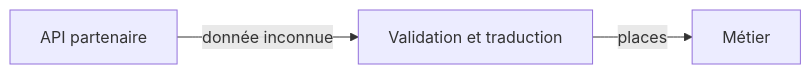
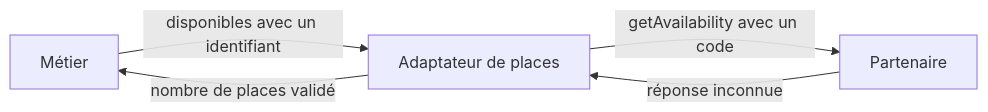
The diagram in src/cours/poo-patterns-frameworks/05-adapter.md (theopaolo/dev-carnet), drawn with Mermaid before and after one commit. The commit also changed other lines of this file and 13 other files, not shown here.

````diff
--- a/src/cours/poo-patterns-frameworks/05-adapter.md
+++ b/src/cours/poo-patterns-frameworks/05-adapter.md
@@ -12,7 +18,9 @@
 ```mermaid
 flowchart LR
-  accTitle: Traduire le format du partenaire
-  accDescr: Le fournisseur renvoie une donnée inconnue. L'adaptateur la valide et produit les places attendues par le métier.
-  API[API partenaire] -->|donnée inconnue| Adaptateur[Validation et traduction]
-  Adaptateur -->|places| Metier[Métier]
+  accTitle: Un adaptateur traduit les appels au partenaire
+  accDescr: Le métier appelle disponibles sur l'adaptateur. Celui-ci appelle getAvailability sur le partenaire puis valide et traduit sa réponse.
+  Metier[Métier] -->|disponibles avec un identifiant| Adaptateur[Adaptateur de places]
+  Adaptateur -->|getAvailability avec un code| API[Partenaire]
+  API -->|réponse inconnue| Adaptateur
+  Adaptateur -->|nombre de places validé| Metier
 ```
````
